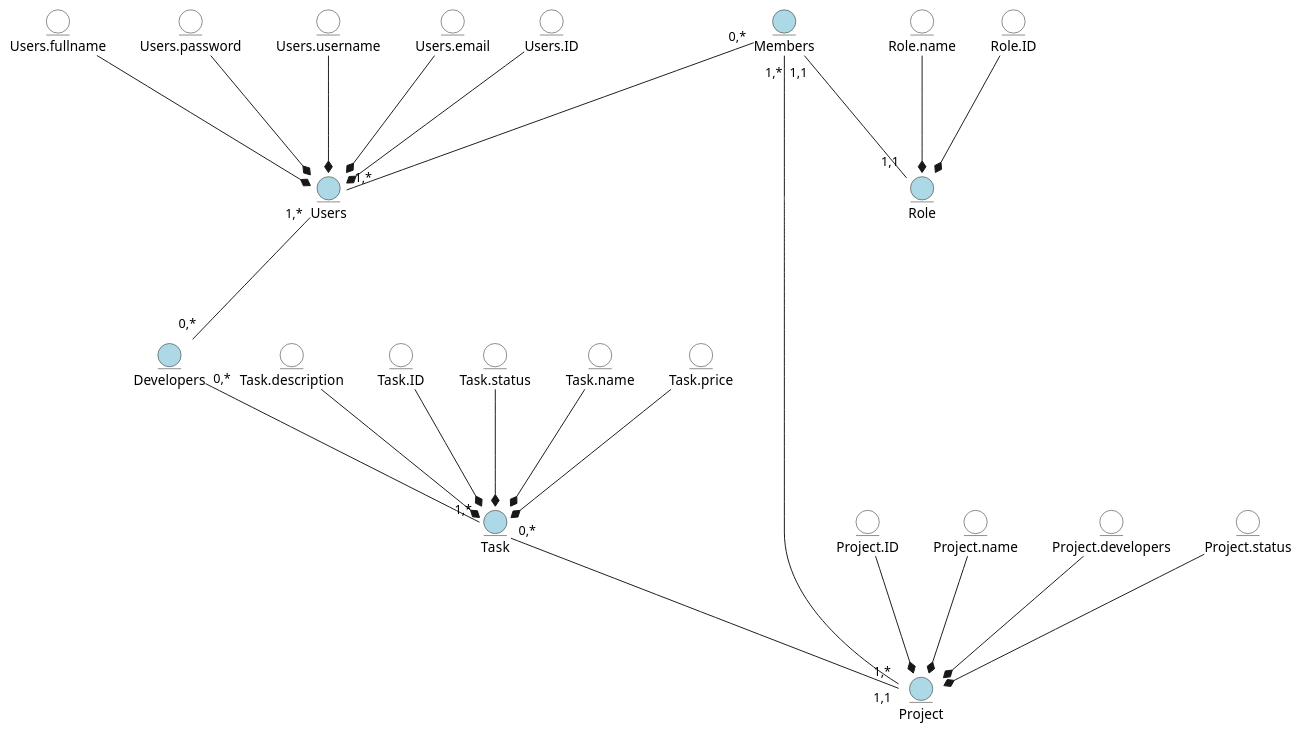
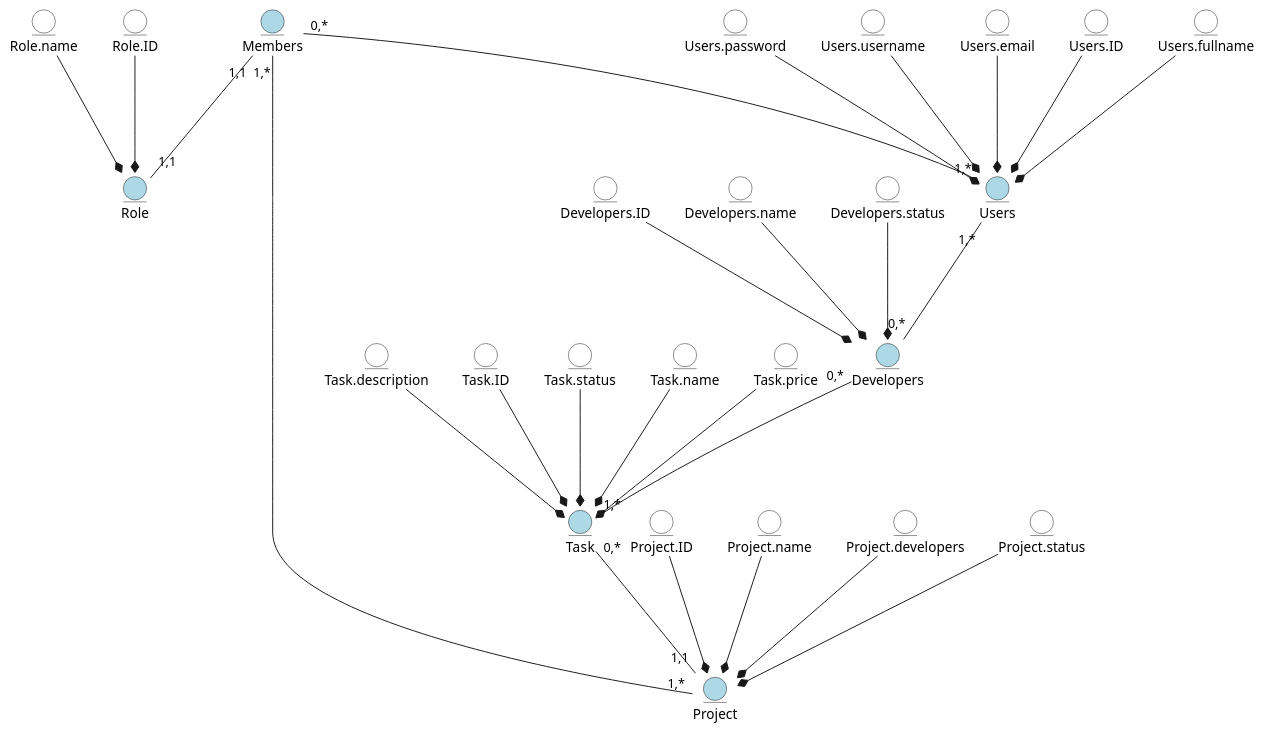
One commit to vlad13242/TaskForge changed the first of 2 diagrams in docs/design/README.md. Above: the diagram before and after it, drawn with PlantUML. The commit also changed other lines of this file, not shown here.

```diff
--- a/docs/design/README.md
+++ b/docs/design/README.md
@@ -1,58 +4,65 @@
 @startuml
 
       entity Users #ADD8E6
       entity Users.email #ffffff
       entity Users.ID #ffffff
       entity Users.fullname #ffffff
       entity Users.password #ffffff
       entity Users.username #ffffff
       
       entity Role #ADD8E6
       entity Role.name #ffffff
       entity Role.ID #ffffff
       
       entity Members #ADD8E6
       
       entity Developers #ADD8E6
+      entity Developers.ID #ffffff
+      entity Developers.name #ffffff
+      entity Developers.status #ffffff
       
       entity Project #ADD8E6
       entity Project.ID #ffffff
       entity Project.name #ffffff
       entity Project.developers #ffffff
       entity Project.status #ffffff
       
       entity Task #ADD8E6
       entity Task.description #ffffff
       entity Task.ID #ffffff
       entity Task.status #ffffff
       entity Task.name #ffffff
       entity Task.price #ffffff
       
       Users.email --d-* Users
       Users.ID --d-* Users
       Users.fullname --d-* Users
       Users.password --d-* Users
       Users.username --d-* Users
        
       Project.ID --d-* Project
       Project.name --d-* Project
       Project.developers --d-* Project
       Project.status --d-* Project
       
       Task.description --d-* Task
       Task.ID --d-* Task
       Task.status --d-* Task
       Task.name --d-* Task
       Task.price --d-* Task
 
+      Developers.ID --d-* Developers
+      Developers.name --d-* Developers
+      Developers.status --d-* Developers
+
       Role.name --d-* Role
       Role.ID --d-* Role
 
       Users "1,*" --u-"0,*" Members
       Members "1,*" --u-"1,*" Project
       Project "1,1" --u-"0,*" Task
       Task "1,*" --u-"0,*" Developers
       Developers "0,*" --u-"1,*" Users
       Role "1,1" --u-"1,1" Members
 
 @enduml
```
